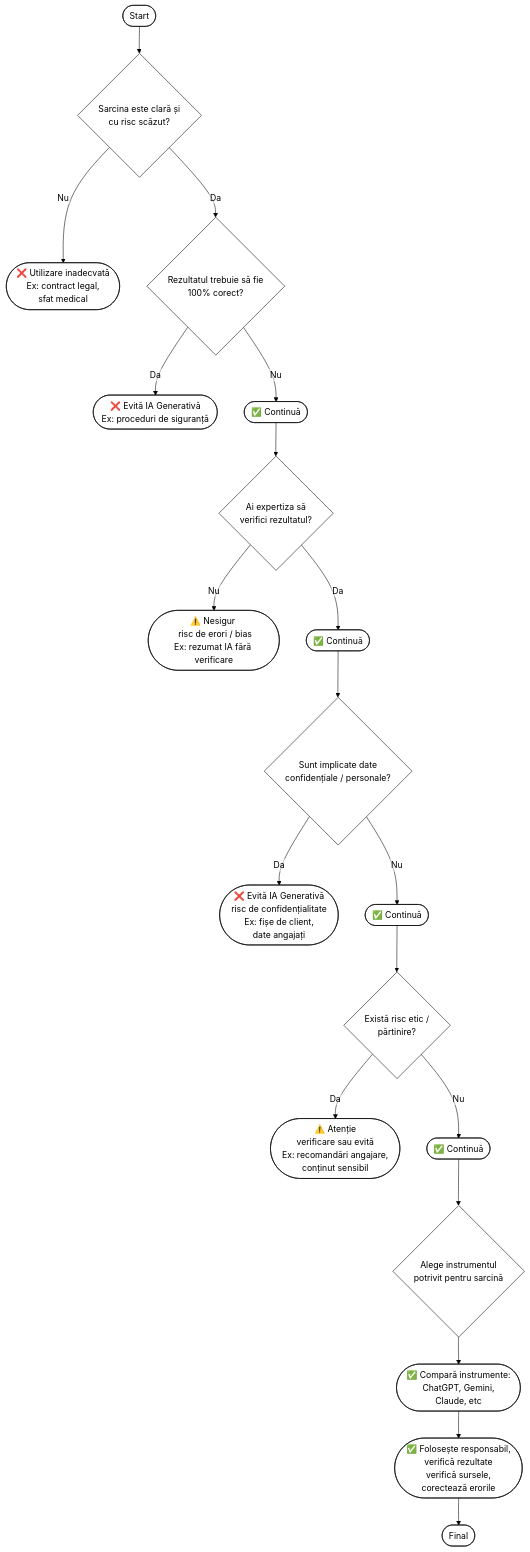
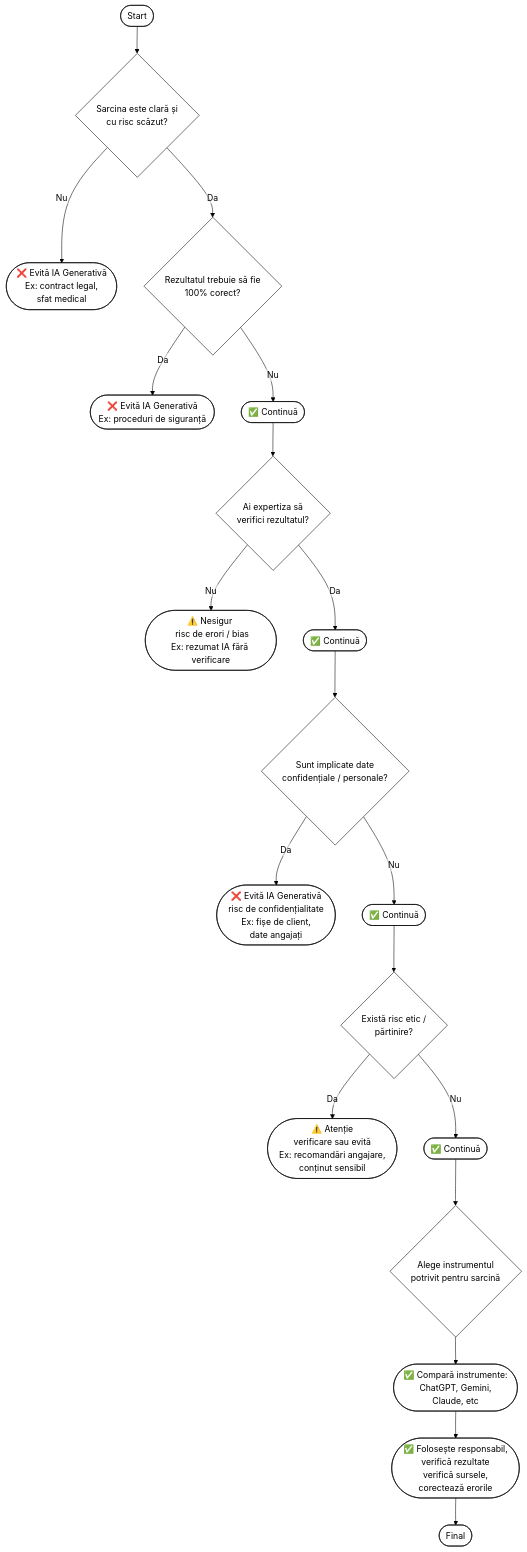
The diagram in content/resurse/arbore_decizie_ia.qmd (CozminaSecula/01-fundamente-si-riscuri), drawn with Mermaid before and after one commit. The commit also changed other lines of this file and 1 other file, not shown here.

Commit message:
Refine guidance on using Generative AI: clarify evaluation criteria and improve flowchart labels for better understanding

````diff
--- a/content/resurse/arbore_decizie_ia.qmd
+++ b/content/resurse/arbore_decizie_ia.qmd
@@ -17,40 +17,40 @@
 ```{mermaid}
 
 %%{init: {'theme':'base','flowchart':{'htmlLabels':false},'themeVariables':{'primaryColor':'#ffffff','primaryTextColor':'#000000','nodeTextColor':'#000000','textColor':'#000000','primaryBorderColor':'#000000','lineColor':'#000000'}}}%%
 
 flowchart TD
 %% Start
 A([Start]) --> B{Sarcina este clară și <br>cu risc scăzut?}
-B -->|Nu| Z([❌ Utilizare inadecvată<br>Ex: contract legal,<br> sfat medical])
+B -->|Nu| Z([❌ Evită IA Generativă<br>Ex: contract legal,<br> sfat medical])
 B -->|Da| C{Rezultatul trebuie să fie <br>100% corect?}
 
 %% Accuracy check
 C -->|Da| D([❌ Evită IA Generativă <br> Ex: proceduri de siguranță])
 C -->|Nu| E([✅ Continuă])
 
 %% Verification expertise
 E --> F{Ai expertiza să<br> verifici rezultatul?}
 F -->|Nu| G([⚠️ Nesigur <br> risc de erori / bias<br>Ex: rezumat IA fără verificare])
 F -->|Da| H([✅ Continuă])
 
 %% Confidential data
 H --> I{Sunt implicate date <br>confidențiale / personale?}
 I -->|Da| J([❌ Evită IA Generativă<br> risc de confidențialitate<br>Ex: fișe de client,<br> date angajați])
 I -->|Nu| K([✅ Continuă])
 
 %% Ethical / bias check
 K --> L{Există risc etic /<br> părtinire?}
 L -->|Da| M([⚠️ Atenție <br> verificare sau evită<br>Ex: recomandări angajare, <br>conținut sensibil])
 L -->|Nu| N([✅ Continuă])
 
 %% Tool selection
 N --> O{Alege instrumentul <br>potrivit pentru sarcină}
 O --> P([✅ Compară instrumente: <br>ChatGPT, Gemini, <br>Claude, etc])
 
 %% Responsible use
 P --> Q([✅ Folosește responsabil,<br> verifică rezultate<br>verifică sursele,<br> corectează erorile])
 Q --> R([Final])
 
 classDef default fill:#ffffff,stroke:#000000,color:#000000;
 
 ```
````
